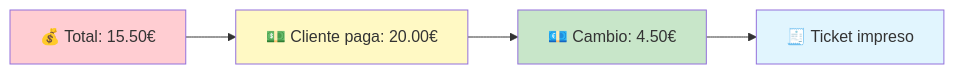
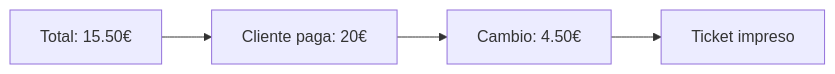
Before and after one commit to MKS2508/tpv-el-haido2: the third of 4 diagrams in apps/haidodocs/public/manual-usuario.md, drawn with Mermaid. The commit also changed other lines of this file and 23 other files, not shown here.

````diff
--- a/apps/haidodocs/public/manual-usuario.md
+++ b/apps/haidodocs/public/manual-usuario.md
@@ -919,11 +1112,6 @@
 ```mermaid
 graph LR
-    A["💰 Total: 15.50€"] --> B["💵 Cliente paga: 20.00€"]
-    B --> C["💶 Cambio: 4.50€"]
-    C --> D["🧾 Ticket impreso"]
-
-    style A fill:#ffcdd2
-    style B fill:#fff9c4
-    style C fill:#c8e6c9
-    style D fill:#e1f5fe
+    A[Total: 15.50€] --> B[Cliente paga: 20€]
+    B --> C[Cambio: 4.50€]
+    C --> D[Ticket impreso]
 ```
````
